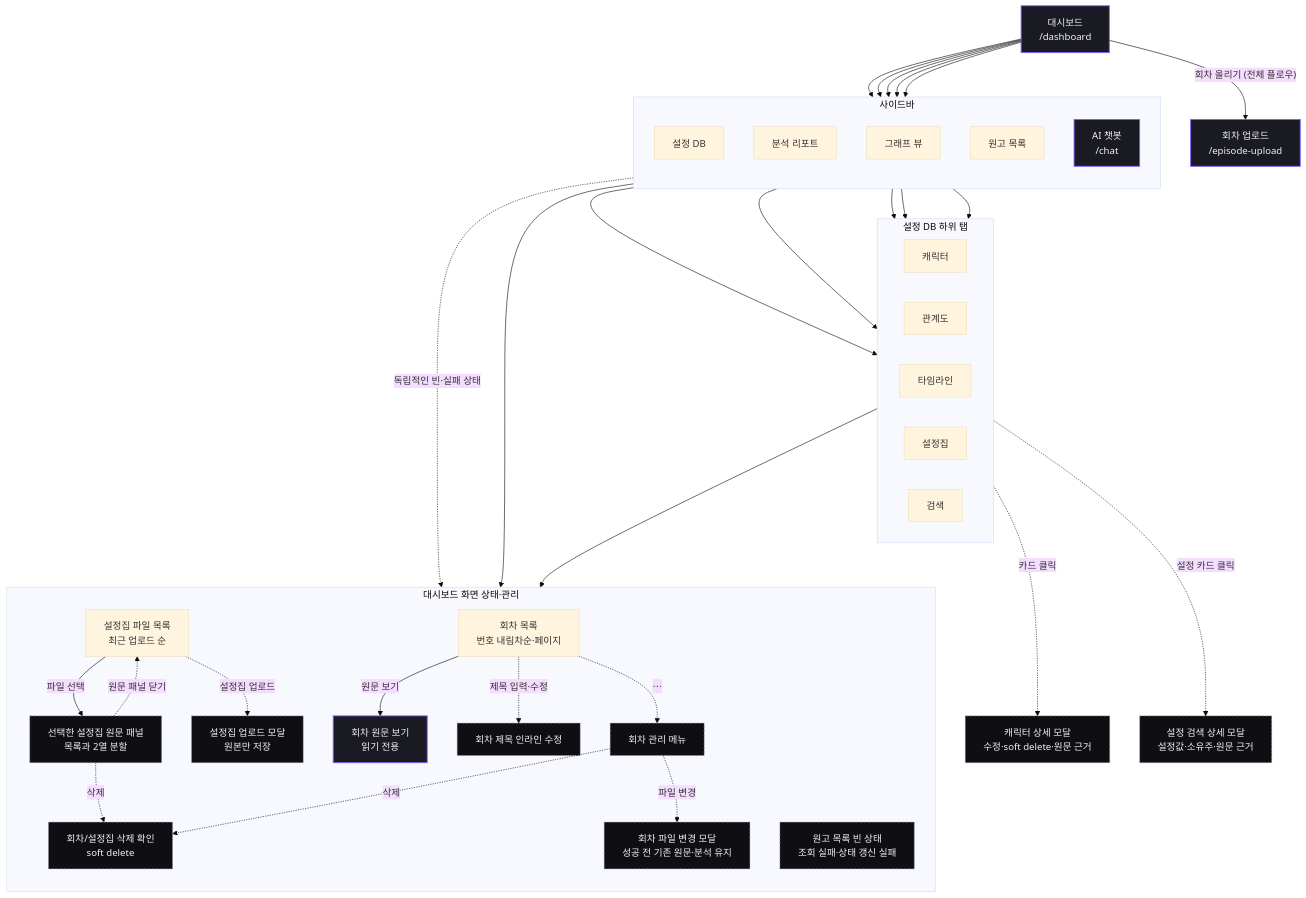
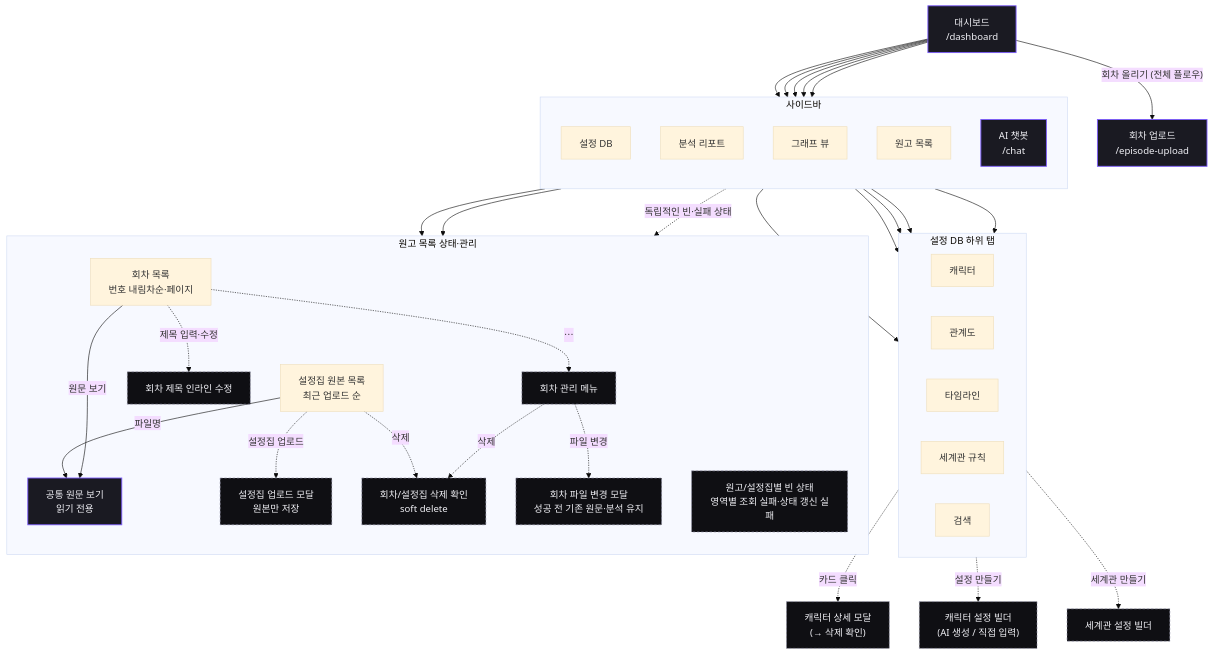
One commit to catchhole-soma/catchhole-front changed the fifth of 7 diagrams in docs/screen-flow.md. Above: the diagram before and after it, drawn with Mermaid (base theme). The commit also changed other lines of this file and 2 other files, not shown here.

Commit message:
docs: 에피소드·업로드 흐름 원격 기준 복원

````diff
--- a/docs/screen-flow.md
+++ b/docs/screen-flow.md
@@ -215,64 +209,62 @@
 ```mermaid
 flowchart TD
   dashboard["대시보드<br/>/dashboard"]:::private
 
   subgraph SIDEBAR["사이드바"]
     direction TB
     nav_settingDB["설정 DB"]
     nav_reports["분석 리포트"]
     nav_graph["그래프 뷰"]
     nav_manuscripts["원고 목록"]
     nav_chat["AI 챗봇<br/>/chat"]:::private
   end
 
   dashboard --> nav_settingDB
   dashboard --> nav_reports
   dashboard --> nav_graph
   dashboard --> nav_manuscripts
   dashboard --> nav_chat
 
   subgraph TABS["설정 DB 하위 탭"]
     direction LR
     t_char["캐릭터"]
     t_rel["관계도"]
     t_time["타임라인"]
-    t_world["설정집"]
+    t_world["세계관 규칙"]
     t_search["검색"]
   end
   nav_settingDB --> t_char & t_rel & t_time & t_world & t_search
 
-  t_char -. "카드 클릭" .-> m_chardetail["캐릭터 상세 모달<br/>수정·soft delete·원문 근거"]:::modal
-  t_search -. "설정 카드 클릭" .-> m_factdetail["설정 검색 상세 모달<br/>설정값·소유주·원문 근거"]:::modal
+  t_char -. "카드 클릭" .-> m_chardetail["캐릭터 상세 모달<br/>(→ 삭제 확인)"]:::modal
+  t_char -. "설정 만들기" .-> m_settings["캐릭터 설정 빌더<br/>(AI 생성 / 직접 입력)"]:::modal
+  t_world -. "세계관 만들기" .-> m_world["세계관 설정 빌더"]:::modal
 
-  subgraph DASHBOARD_CONTENT["대시보드 화면 상태·관리"]
+  subgraph MANUSCRIPTS["원고 목록 상태·관리"]
     direction TB
-    setting_source["설정집 파일 목록<br/>최근 업로드 순"]
-    setting_panel["선택한 설정집 원문 패널<br/>목록과 2열 분할"]:::modal
+    setting_source["설정집 원본 목록<br/>최근 업로드 순"]
     episode_list["회차 목록<br/>번호 내림차순·페이지"]
-    list_state["원고 목록 빈 상태<br/>조회 실패·상태 갱신 실패"]:::modal
-    source_viewer["회차 원문 보기<br/>읽기 전용"]:::private
+    list_state["원고/설정집별 빈 상태<br/>영역별 조회 실패·상태 갱신 실패"]:::modal
+    source_viewer["공통 원문 보기<br/>읽기 전용"]:::private
     title_edit["회차 제목 인라인 수정"]:::modal
     episode_menu["회차 관리 메뉴"]:::modal
     setting_upload["설정집 업로드 모달<br/>원본만 저장"]:::modal
     file_replace["회차 파일 변경 모달<br/>성공 전 기존 원문·분석 유지"]:::modal
     delete_confirm["회차/설정집 삭제 확인<br/>soft delete"]:::modal
   end
 
-  nav_manuscripts --> episode_list
-  t_world --> setting_source
+  nav_manuscripts --> setting_source & episode_list
   nav_manuscripts -. "독립적인 빈·실패 상태" .-> list_state
-  setting_source -- "파일 선택" --> setting_panel
-  setting_panel -. "원문 패널 닫기" .-> setting_source
-  setting_panel -. "삭제" .-> delete_confirm
+  setting_source -- "파일명" --> source_viewer
   setting_source -. "설정집 업로드" .-> setting_upload
+  setting_source -. "삭제" .-> delete_confirm
   episode_list -- "원문 보기" --> source_viewer
   episode_list -. "제목 입력·수정" .-> title_edit
   episode_list -. "⋯" .-> episode_menu
   episode_menu -. "파일 변경" .-> file_replace
   episode_menu -. "삭제" .-> delete_confirm
 
   dashboard -- "회차 올리기 (전체 플로우)" --> upload["회차 업로드<br/>/episode-upload"]:::private
 
   classDef private fill:#1A1A22,stroke:#7C5CFC,stroke-width:1.5px,color:#F0F0F5;
   classDef modal fill:#0F0F13,stroke:#9090A8,stroke-dasharray:4 3,color:#F0F0F5;
 ```
````
